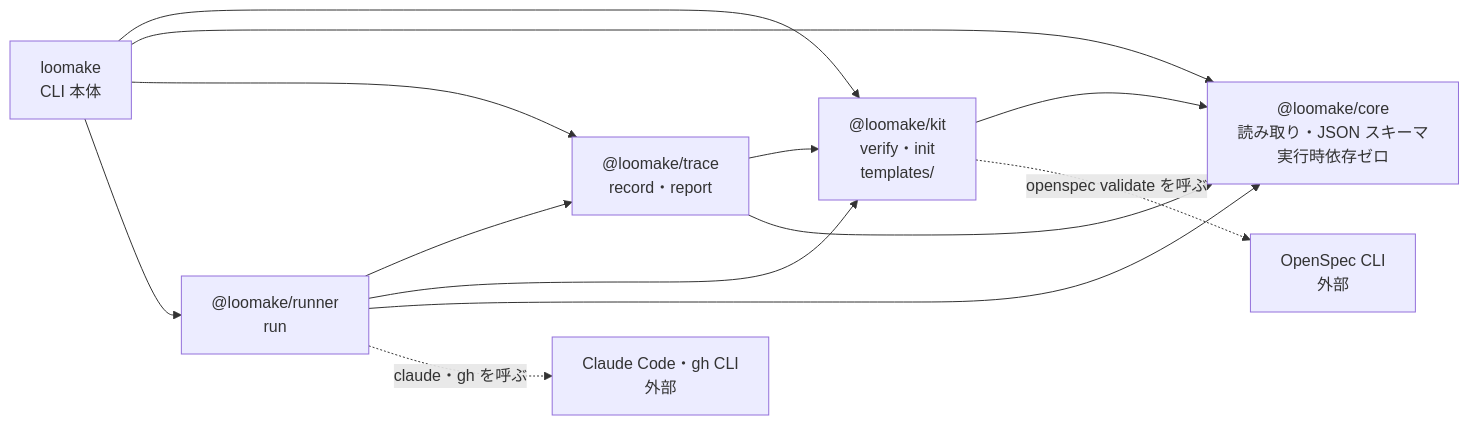
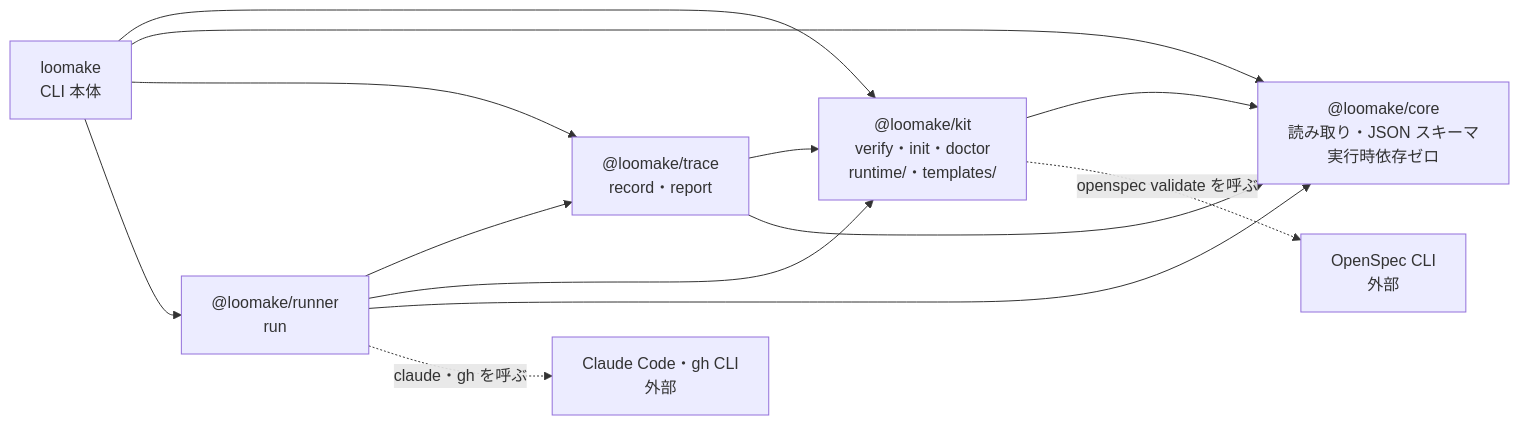
One commit to loomake/loomake changed the second of 2 diagrams in docs/architecture.md. Above: the diagram before and after it, drawn with Mermaid. The commit also changed other lines of this file and 2 other files, not shown here.

Commit message:
docs: kit の中の分け方を architecture.md に書き、layer-kit-modules を完了にする

````diff
--- a/docs/architecture.md
+++ b/docs/architecture.md
@@ -53,15 +53,15 @@
 ```mermaid
 flowchart LR
-  CLI["loomake<br>CLI 本体"] --> KIT["@loomake/kit<br>verify・init<br>templates/"]
+  CLI["loomake<br>CLI 本体"] --> KIT["@loomake/kit<br>verify・init・doctor<br>runtime/・templates/"]
   CLI --> CORE["@loomake/core<br>読み取り・JSON スキーマ<br>実行時依存ゼロ"]
   KIT --> CORE
   KIT -. "openspec validate を呼ぶ" .-> OS[OpenSpec CLI<br>外部]
   CLI --> TR["@loomake/trace<br>record・report"]
   CLI --> RU["@loomake/runner<br>run"]
   TR --> KIT
   TR --> CORE
   RU --> TR
   RU --> KIT
   RU --> CORE
   RU -. "claude・gh を呼ぶ" .-> EX[Claude Code・gh CLI<br>外部]
 ```
````
